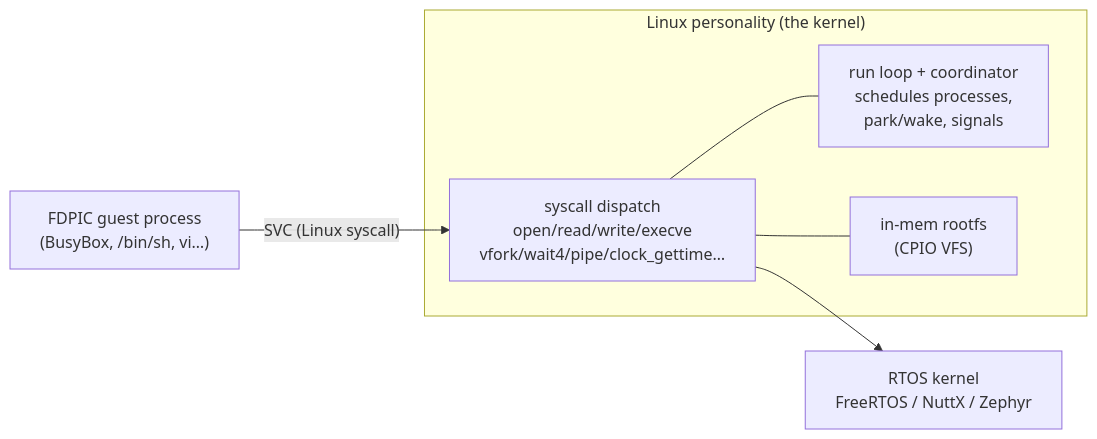
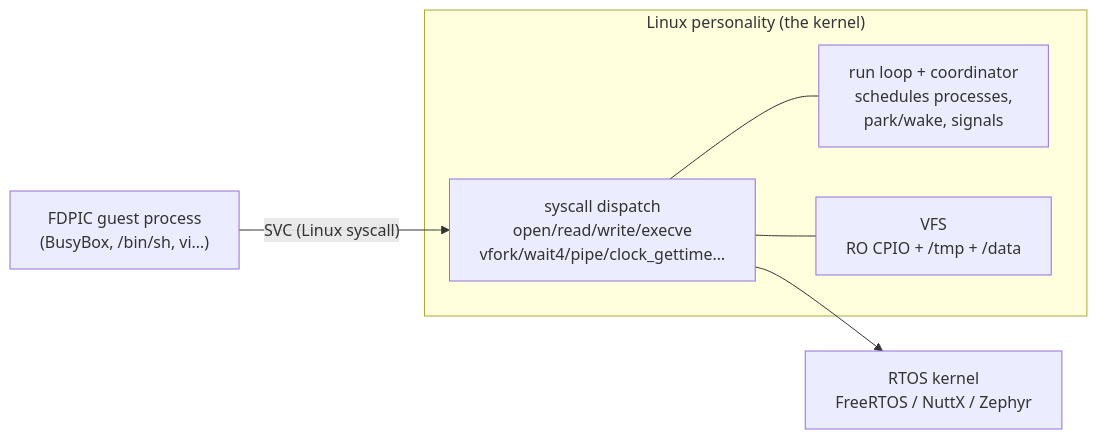
Before and after one commit to Varcain/oveRTOS: the diagram in docs-site/docs/linux-personality/index.md, drawn with Mermaid. The commit also changed other lines of this file and 7 other files, not shown here.

````diff
--- a/docs-site/docs/linux-personality/index.md
+++ b/docs-site/docs/linux-personality/index.md
@@ -21,12 +21,12 @@
 ```mermaid
 flowchart LR
   P["FDPIC guest process<br/>(BusyBox, /bin/sh, vi…)"] -->|"SVC (Linux syscall)"| S
   subgraph K["Linux personality (the kernel)"]
     S["syscall dispatch<br/>open/read/write/execve<br/>vfork/wait4/pipe/clock_gettime…"]
     R["run loop + coordinator<br/>schedules processes,<br/>park/wake, signals"]
-    V["in-mem rootfs<br/>(CPIO VFS)"]
+    V["VFS<br/>RO CPIO + /tmp + /data"]
     S --- R
     S --- V
   end
   S --> RTOS["RTOS kernel<br/>FreeRTOS / NuttX / Zephyr"]
 ```
````
